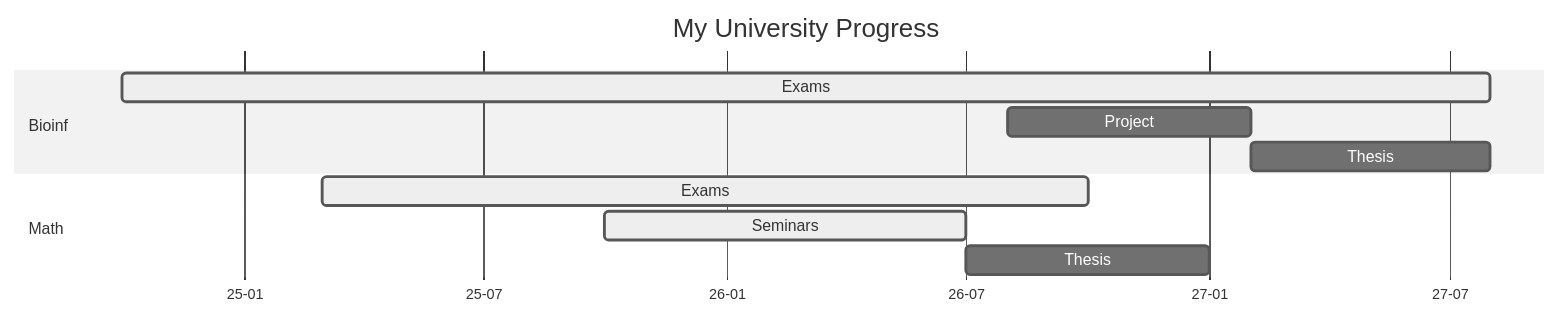
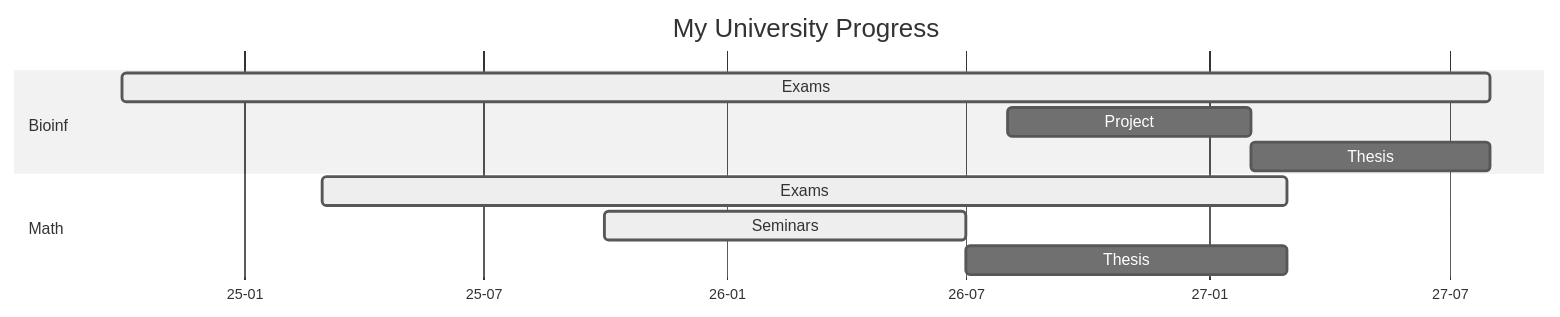
Before and after one commit to Bg-Ch-git/bg-ch-git.github.io: the first of 3 diagrams in _posts/2026-05-02-educational-jorney-in-vienna.md, drawn with Mermaid (neutral theme). The commit also changed other lines of this file and 18 other files, not shown here.

````diff
--- a/_posts/2026-05-02-educational-jorney-in-vienna.md
+++ b/_posts/2026-05-02-educational-jorney-in-vienna.md
@@ -89,17 +90,17 @@
 ```mermaid
 gantt
     title My University Progress
     dateFormat  YY-MM
     axisFormat %y-%m
     tickInterval 6month
 
     section Bioinf
     Exams   : active, bio1, 24-10, 34M
     Project           : bio2, 26-08, 6M
     Thesis            : after bio2, 6M
 
     section Math
-    Exams   : active, math1, 25-03, 19M
+    Exams   : active, math1, 25-03, 24M
     Seminars : active, math2, 25-10, 9M
-    Thesis            : after math2, 6M
+    Thesis            : after math2, 8M
 ```
````
